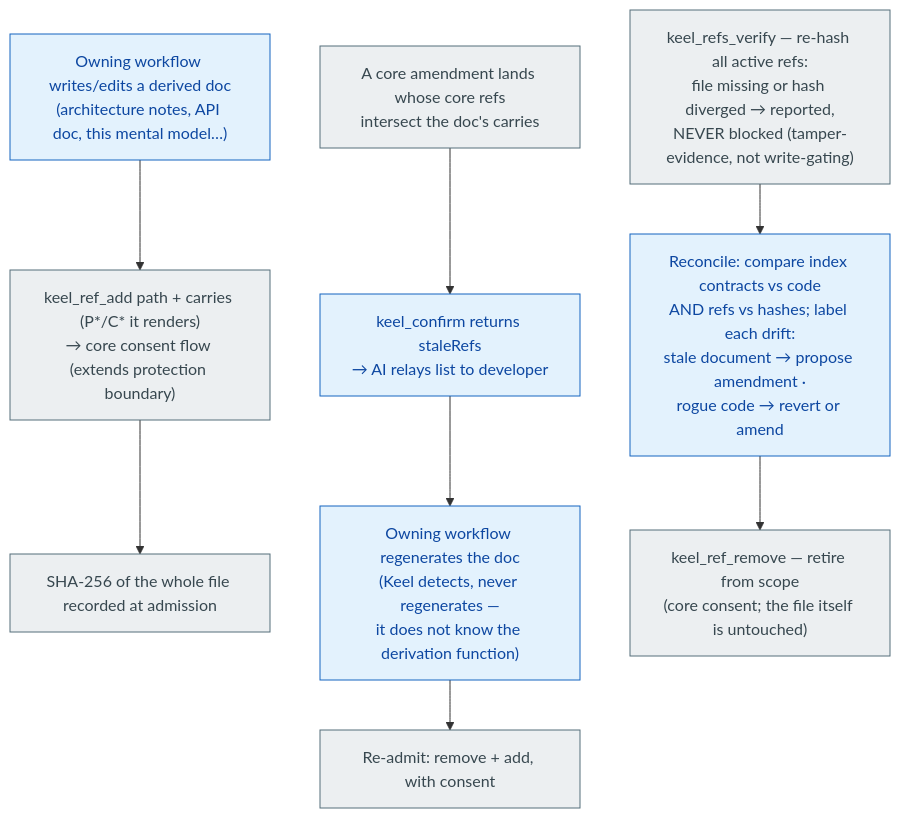
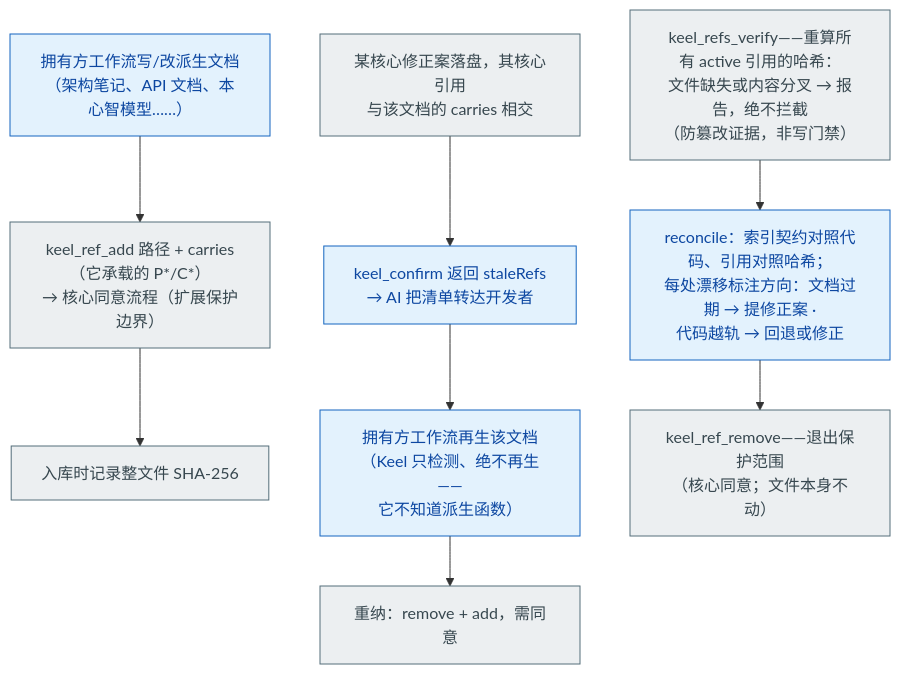
Before and after one commit to maxi3777/Keel: the ninth of 10 diagrams in docs/MENTAL-MODEL.md, drawn with Mermaid. The commit also changed other lines of this file, not shown here.

First line of the commit message:
docs: MENTAL-MODEL v2 — master/detail structure, Chinese, border-only planning marks

````diff
--- a/docs/MENTAL-MODEL.md
+++ b/docs/MENTAL-MODEL.md
@@ -371,21 +368,21 @@
 ```mermaid
 flowchart TD
-    WRITE["Owning workflow writes/edits a derived doc<br/>(architecture notes, API doc, this mental model…)"]:::ai
-    ADMIT["keel_ref_add path + carries (P*/C* it renders)<br/>→ core consent flow (extends protection boundary)"]:::mech
-    PIN["SHA-256 of the whole file recorded at admission"]:::mech
-    LANDS["A core amendment lands whose core refs<br/>intersect the doc's carries"]:::mech
-    STALE2["keel_confirm returns staleRefs<br/>→ AI relays list to developer"]:::ai
-    REGEN["Owning workflow regenerates the doc<br/>(Keel detects, never regenerates —<br/>it does not know the derivation function)"]:::ai
-    READMIT["Re-admit: remove + add, with consent"]:::mech
-    VERIFY["keel_refs_verify — re-hash all active refs:<br/>file missing or hash diverged → reported,<br/>NEVER blocked (tamper-evidence, not write-gating)"]:::mech
-    RECON["Reconcile: compare index contracts vs code<br/>AND refs vs hashes; label each drift:<br/>stale document → propose amendment ·<br/>rogue code → revert or amend"]:::ai
-    REMOVE["keel_ref_remove — retire from scope<br/>(core consent; the file itself is untouched)"]:::mech
+    WRITE["拥有方工作流写/改派生文档<br/>（架构笔记、API 文档、本心智模型……）"]:::ai
+    ADMIT["keel_ref_add 路径 + carries（它承载的 P*/C*）<br/>→ 核心同意流程（扩展保护边界）"]:::mech
+    PIN["入库时记录整文件 SHA-256"]:::mech
+    LANDS["某核心修正案落盘，其核心引用<br/>与该文档的 carries 相交"]:::mech
+    STALE2["keel_confirm 返回 staleRefs<br/>→ AI 把清单转达开发者"]:::ai
+    REGEN["拥有方工作流再生该文档<br/>（Keel 只检测、绝不再生——<br/>它不知道派生函数）"]:::ai
+    READMIT["重纳：remove + add，需同意"]:::mech
+    VERIFY["keel_refs_verify——重算所有 active 引用的哈希：<br/>文件缺失或内容分叉 → 报告，绝不拦截<br/>（防篡改证据，非写门禁）"]:::mech
+    RECON["reconcile：索引契约对照代码、引用对照哈希；<br/>每处漂移标注方向：文档过期 → 提修正案 ·<br/>代码越轨 → 回退或修正"]:::ai
+    REMOVE["keel_ref_remove——退出保护范围<br/>（核心同意；文件本身不动）"]:::mech
 
     WRITE --> ADMIT --> PIN
     LANDS --> STALE2 --> REGEN --> READMIT
     VERIFY --> RECON
     RECON --> REMOVE
     classDef human fill:#e8f5e9,stroke:#2e7d32,color:#1b5e20
     classDef ai fill:#e3f2fd,stroke:#1565c0,color:#0d47a1
     classDef mech fill:#eceff1,stroke:#546e7a,color:#37474f
 ```
````
